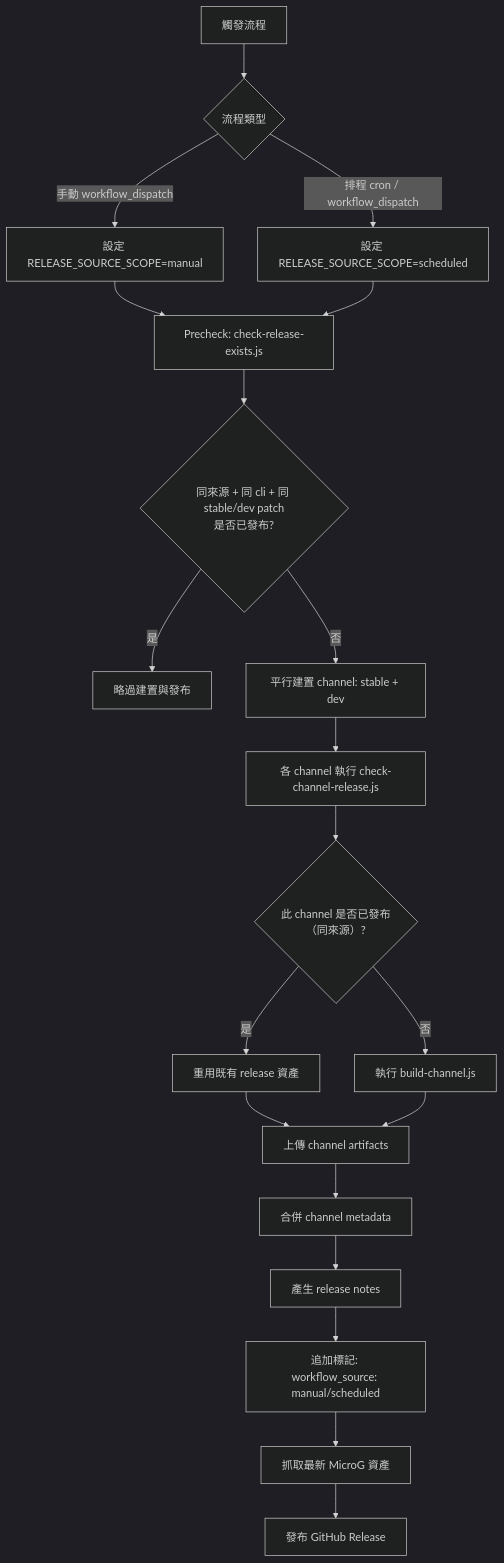
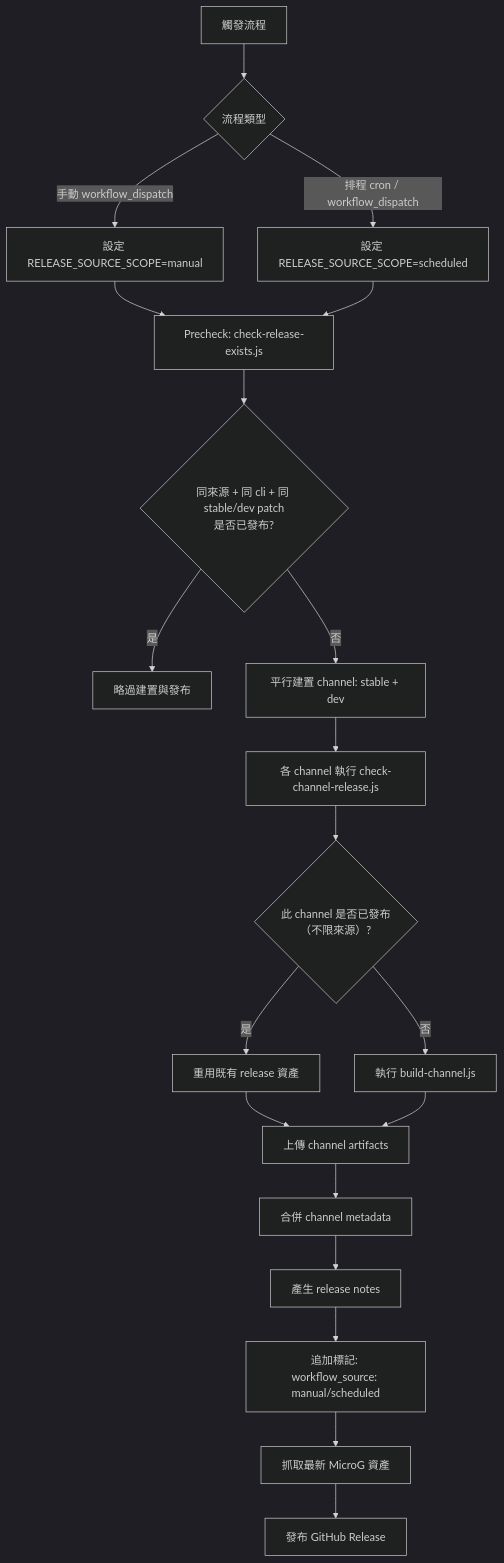
One commit to ni-null/Morphe-test changed the diagram in README.zh-TW.md. Above: the diagram before and after it, drawn with Mermaid (dark theme). The commit also changed other lines of this file and 3 other files, not shown here.

````diff
--- a/README.zh-TW.md
+++ b/README.zh-TW.md
@@ -49,25 +49,25 @@
 ```mermaid
 flowchart TD
     A["觸發流程"] --> B{"流程類型"}
     B -->|"手動 workflow_dispatch"| M1["設定 RELEASE_SOURCE_SCOPE=manual"]
     B -->|"排程 cron / workflow_dispatch"| S1["設定 RELEASE_SOURCE_SCOPE=scheduled"]
 
     M1 --> C["Precheck: check-release-exists.js"]
     S1 --> C
     C --> D{"同來源 + 同 cli + 同 stable/dev patch<br/>是否已發布?"}
     D -->|"是"| Z["略過建置與發布"]
     D -->|"否"| E["平行建置 channel: stable + dev"]
 
     E --> F["各 channel 執行 check-channel-release.js"]
-    F --> G{"此 channel 是否已發布<br/>（同來源）?"}
+    F --> G{"此 channel 是否已發布<br/>（不限來源）?"}
     G -->|"是"| H["重用既有 release 資產"]
     G -->|"否"| I["執行 build-channel.js"]
 
     H --> J["上傳 channel artifacts"]
     I --> J
     J --> K["合併 channel metadata"]
     K --> L["產生 release notes"]
     L --> M["追加標記: workflow_source: manual/scheduled"]
     M --> N["抓取最新 MicroG 資產"]
     N --> O["發布 GitHub Release"]
 ```
````
